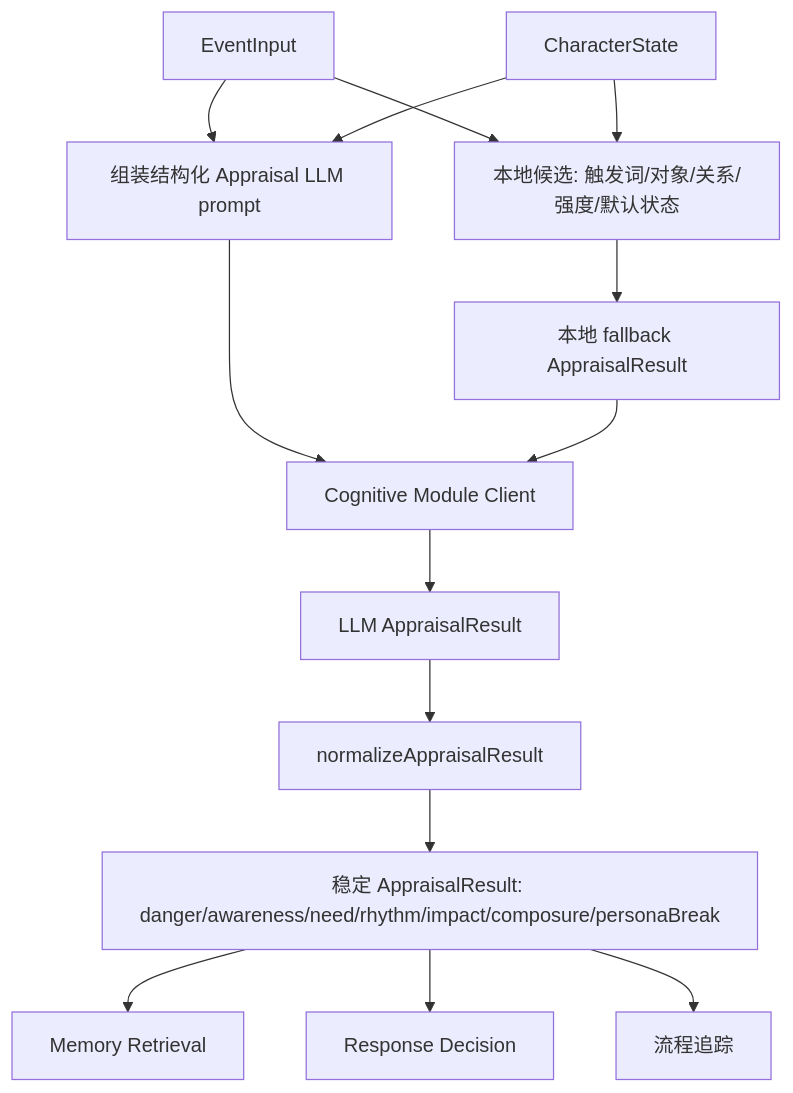
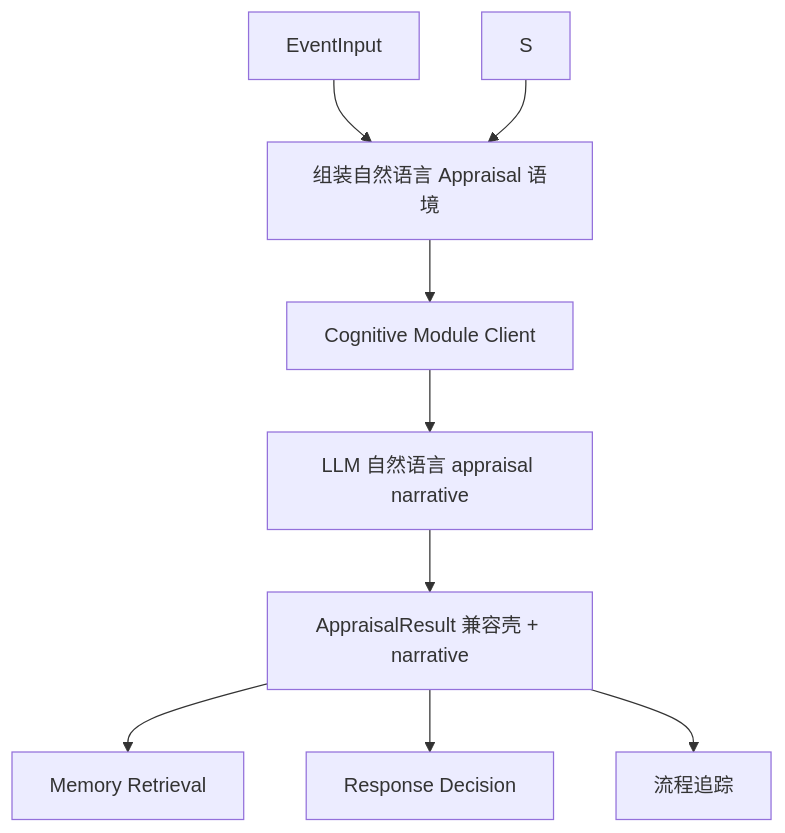
One commit to ttmanthatman/virtual-human-flow changed diagram 16 of 31 in docs/SYSTEM_FLOW.md. Above: the diagram before and after it, drawn with Mermaid. The commit also changed other lines of this file and 23 other files, not shown here.

````diff
--- a/docs/SYSTEM_FLOW.md
+++ b/docs/SYSTEM_FLOW.md
@@ -437,16 +435,11 @@
 ```mermaid
 flowchart TD
-    E["EventInput"] --> LOCAL["本地候选: 触发词/对象/关系/强度/默认状态"]
-    S["CharacterState"] --> LOCAL
-    LOCAL --> MOCK["本地 fallback AppraisalResult"]
-    E --> PROMPT["组装结构化 Appraisal LLM prompt"]
+    E["EventInput"] --> PROMPT["组装自然语言 Appraisal 语境"]
     S --> PROMPT
     PROMPT --> CLIENT["Cognitive Module Client"]
-    MOCK --> CLIENT
-    CLIENT --> RAW["LLM AppraisalResult"]
-    RAW --> NORM["normalizeAppraisalResult"]
-    NORM --> OUT["稳定 AppraisalResult: danger/awareness/need/rhythm/impact/composure/personaBreak"]
+    CLIENT --> RAW["LLM 自然语言 appraisal narrative"]
+    RAW --> OUT["AppraisalResult 兼容壳 + narrative"]
     OUT --> MEM["Memory Retrieval"]
     OUT --> DECISION["Response Decision"]
     OUT --> TRACE["流程追踪"]
 ```
````
